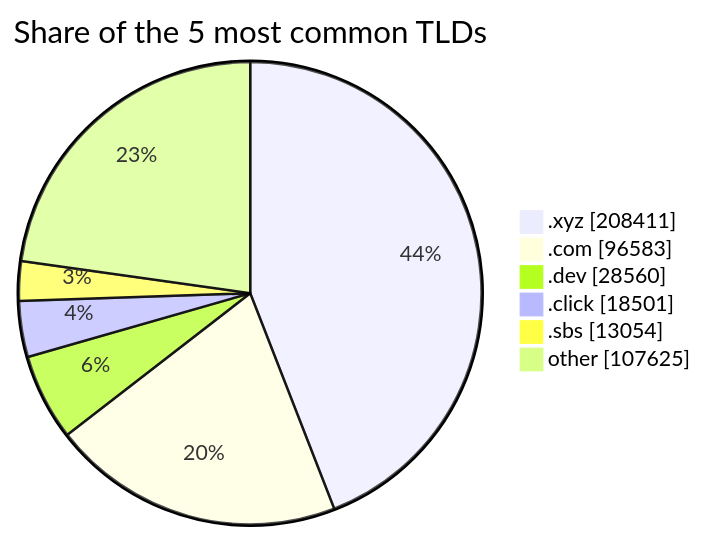
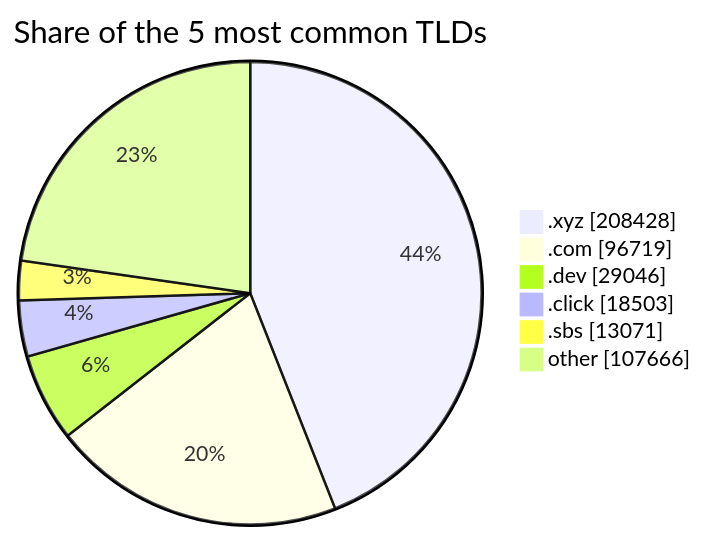
One commit to DNSBunker/CTI changed the third of 3 diagrams in README.md. Above: the diagram before and after it, drawn with Mermaid. The commit also changed other lines of this file and 3 other files, not shown here.

````diff
--- a/README.md
+++ b/README.md
@@ -81,9 +81,9 @@
 ```mermaid
 pie showData title Share of the 5 most common TLDs
-    ".xyz" : 208411
-    ".com" : 96583
-    ".dev" : 28560
-    ".click" : 18501
-    ".sbs" : 13054
-    "other" : 107625
+    ".xyz" : 208428
+    ".com" : 96719
+    ".dev" : 29046
+    ".click" : 18503
+    ".sbs" : 13071
+    "other" : 107666
 ```
````
